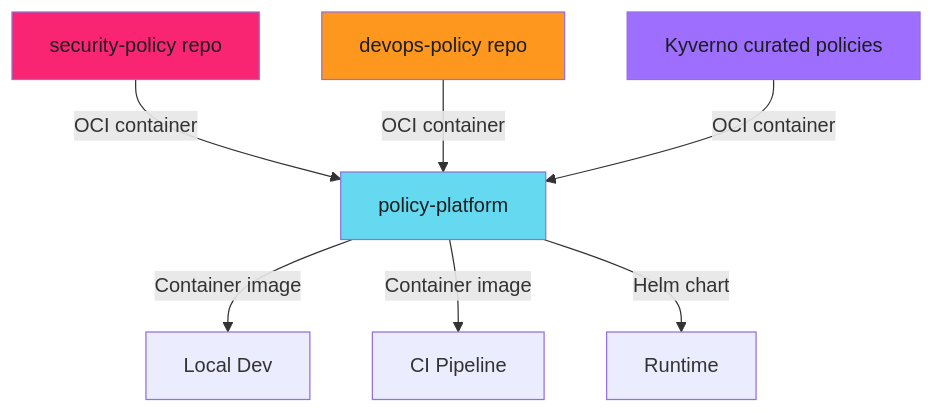
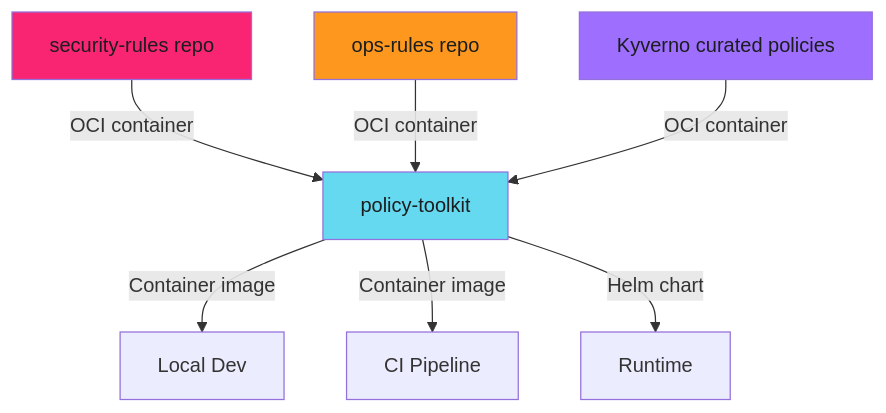
The second of 2 diagrams in docs/enforce/policy-as-code/index.md (adaptive-enforcement-lab/adaptive-enforcement-lab-com), drawn with Mermaid before and after one commit. The commit also changed other lines of this file and 24 other files, not shown here.

````diff
--- a/docs/enforce/policy-as-code/index.md
+++ b/docs/enforce/policy-as-code/index.md
@@ -65,17 +65,17 @@
 ```mermaid
 graph TD
-    SP[security-policy repo] -->|OCI container| PP[policy-platform]
-    DP[devops-policy repo] -->|OCI container| PP
+    SP[security-rules repo] -->|OCI container| PP[policy-toolkit]
+    DP[ops-rules repo] -->|OCI container| PP
     KC[Kyverno curated policies] -->|OCI container| PP
 
     PP -->|Container image| L[Local Dev]
     PP -->|Container image| CI[CI Pipeline]
     PP -->|Helm chart| RT[Runtime]
 
     %% Ghostty Hardcore Theme
     style SP fill:#f92572,color:#1b1d1e
     style DP fill:#fd971e,color:#1b1d1e
     style KC fill:#9e6ffe,color:#1b1d1e
     style PP fill:#65d9ef,color:#1b1d1e
 
 ```
````
